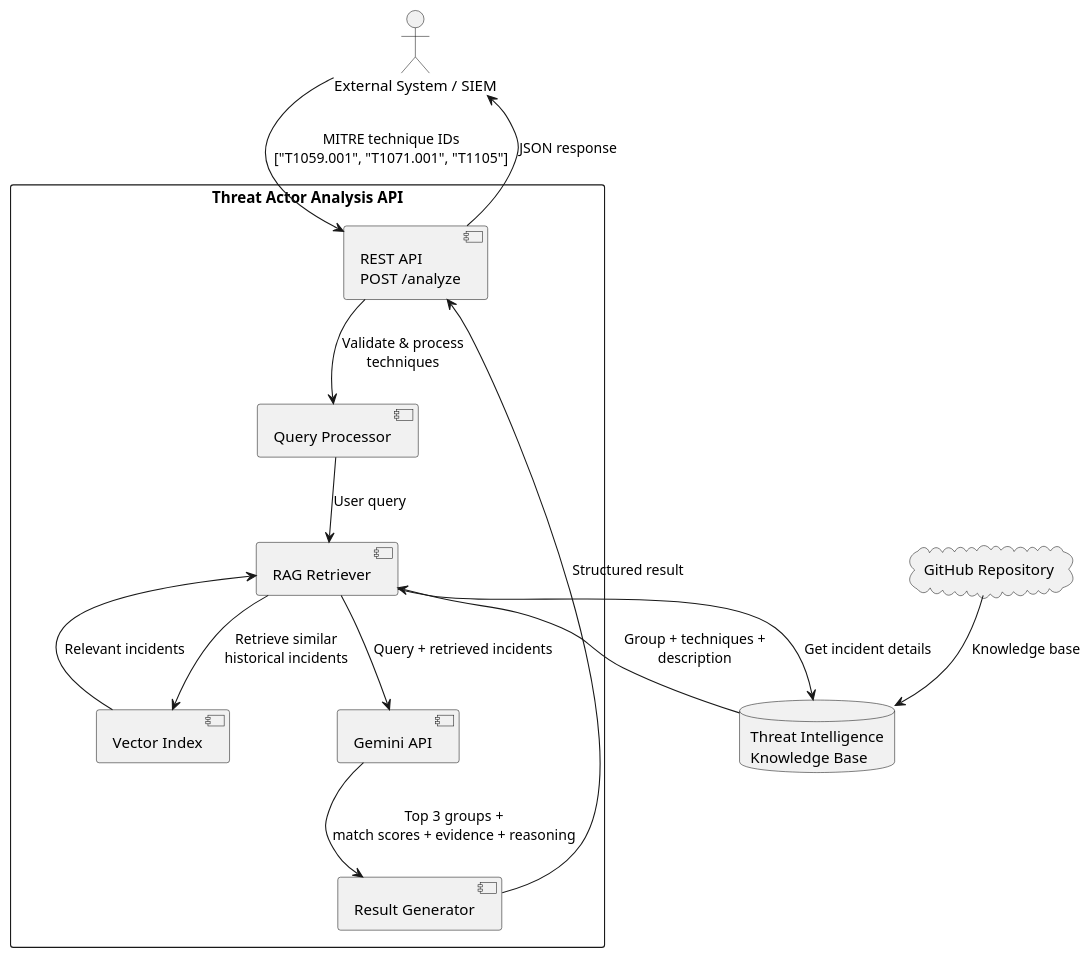
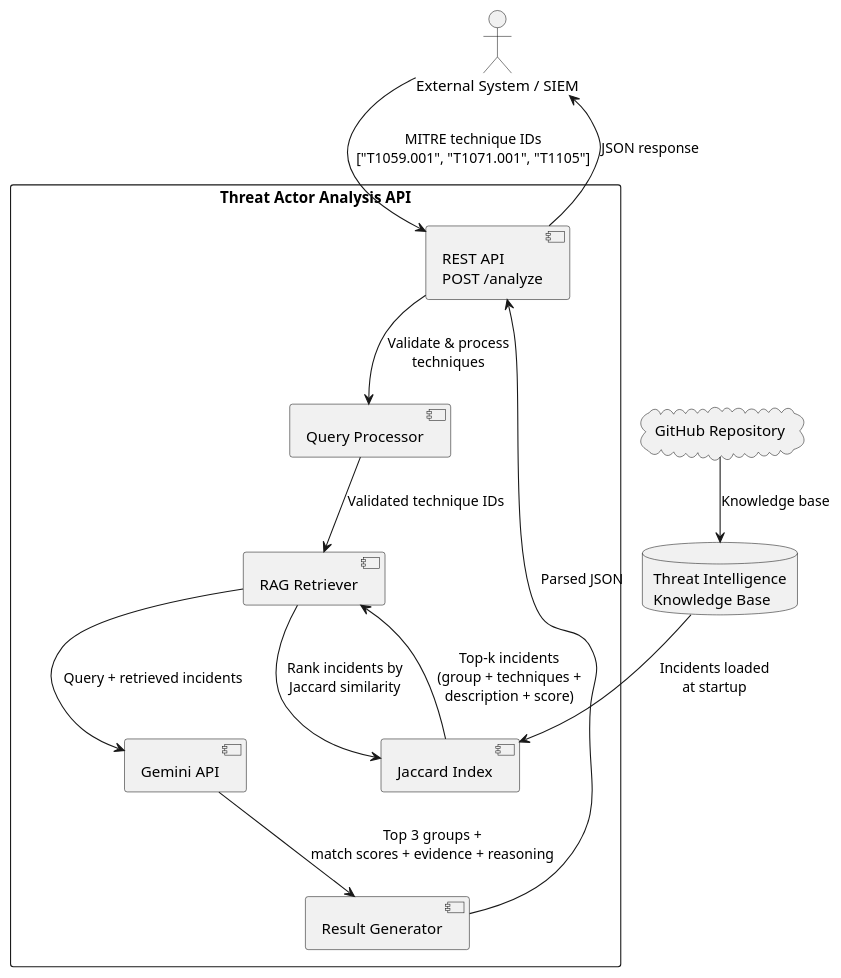
Before and after one commit to MadAcolyte/mitre-attack-threat-group-similarity: the first of 3 diagrams in README.md, drawn with PlantUML. The commit also changed other lines of this file, not shown here.

First line of the commit message:
Revise README for component updates and flow changes

````diff
--- a/README.md
+++ b/README.md
@@ -27,49 +27,46 @@
 ```plantuml
 @startuml
 actor "External System / SIEM" as Client
 
 rectangle "Threat Actor Analysis API" {
 
     component "REST API\nPOST /analyze" as API
 
     component "Query Processor" as Query
 
     component "RAG Retriever" as RAG
 
-    component "Vector Index" as Index
+    component "Jaccard Index" as Index
 
     component "Gemini API" as Gemini
 
     component "Result Generator" as Result
 }
 
 database "Threat Intelligence\nKnowledge Base" as DB
 
 cloud "GitHub Repository" as GitHub
 
 
 Client --> API : MITRE technique IDs\n["T1059.001", "T1071.001", "T1105"]
 
 API --> Query : Validate & process\ntechniques
 
-Query --> RAG : User query
+Query --> RAG : Validated technique IDs
 
-RAG --> Index : Retrieve similar\nhistorical incidents
+RAG --> Index : Rank incidents by\nJaccard similarity
 
-Index --> RAG : Relevant incidents
-
-RAG --> DB : Get incident details
-
-DB --> RAG : Group + techniques +\ndescription
+Index --> RAG : Top-k incidents\n(group + techniques +\ndescription + score)
 
 RAG --> Gemini : Query + retrieved incidents
 
 Gemini --> Result : Top 3 groups +\nmatch scores + evidence + reasoning
 
-Result --> API : Structured result
+Result --> API : Parsed JSON
 
 API --> Client : JSON response
 
 GitHub --> DB : Knowledge base
+DB --> Index : Incidents loaded\nat startup
 @enduml
 ```
````
